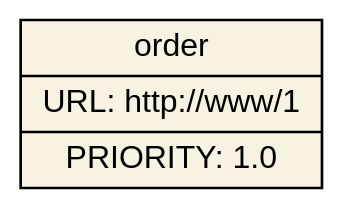
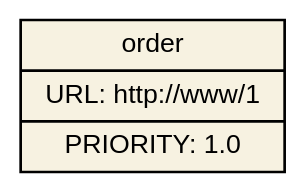
Before and after one commit to dekellum/iudex: the diagram in www/_dot/redirect_orders_0.dot, drawn with Graphviz. The commit also changed 2 other files, not shown here.

Commit message:
www: Smaller size redirect diagrams

```diff
--- a/www/_dot/redirect_orders_0.dot
+++ b/www/_dot/redirect_orders_0.dot
@@ -1,8 +1,8 @@
 digraph "iudex-gems" {
   rankdir=LR;
   bgcolor="transparent";
-  node [ shape=box, style="filled", fillcolor="#f7f2e1", fontsize=12, fontname=Arial ];
+  node [ shape=box, style="filled", fillcolor="#f7f2e1", fontsize=10, fontname=Arial ];
 
   order        [ shape=record,
                  label="<t>order|URL: http://www/1|PRIORITY: 1.0" ];
 }
```
